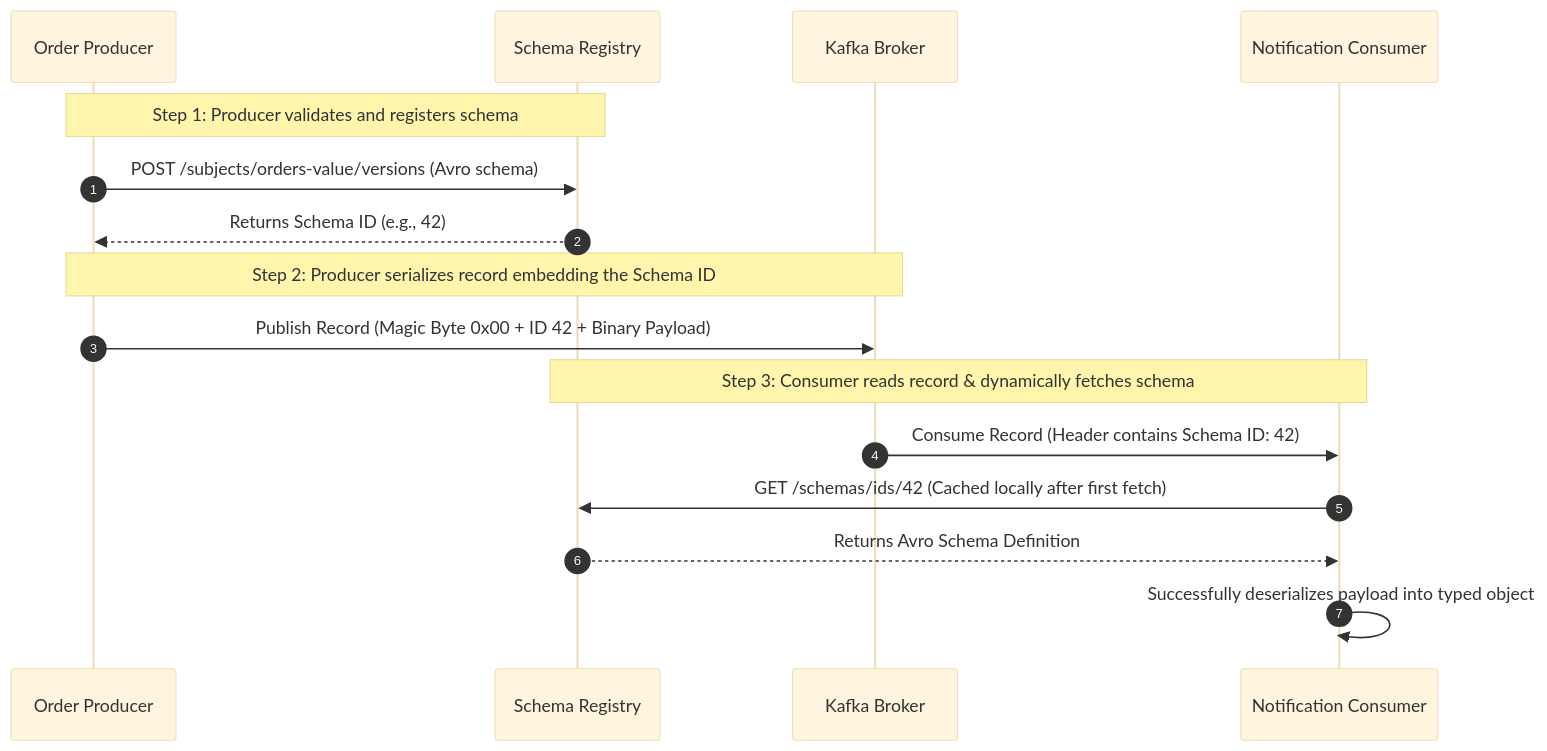
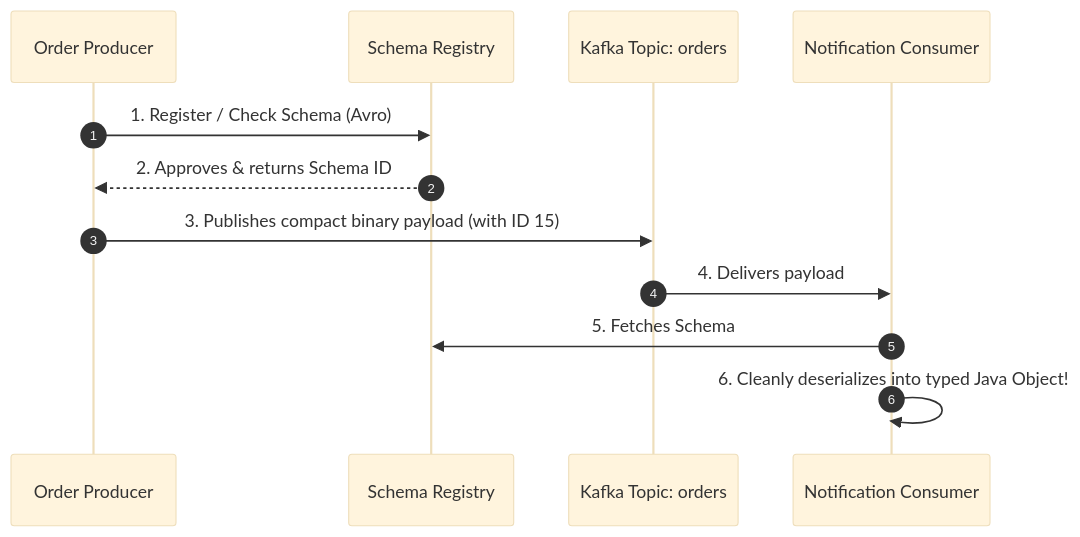
Before and after one commit to PandeyKishan/Study-Notes: the second of 4 diagrams in 03-Apache-Kafka/04-KRaft-Schema-Registry-and-Streams.md, drawn with Mermaid (base theme). The commit also changed other lines of this file and 20 other files, not shown here.

````diff
--- a/03-Apache-Kafka/04-KRaft-Schema-Registry-and-Streams.md
+++ b/03-Apache-Kafka/04-KRaft-Schema-Registry-and-Streams.md
@@ -56,21 +51,15 @@
 ```mermaid
 sequenceDiagram
     autonumber
     participant Prod as Order Producer
     participant SR as Schema Registry
-    participant Kafka as Kafka Broker
+    participant Kafka as Kafka Topic: orders
     participant Cons as Notification Consumer
 
-    Note over Prod,SR: Step 1: Producer validates and registers schema
-    Prod->>SR: POST /subjects/orders-value/versions (Avro schema)
-    SR-->>Prod: Returns Schema ID (e.g., 42)
-    
-    Note over Prod,Kafka: Step 2: Producer serializes record embedding the Schema ID
-    Prod->>Kafka: Publish Record (Magic Byte 0x00 + ID 42 + Binary Payload)
-
-    Note over Cons,SR: Step 3: Consumer reads record & dynamically fetches schema
-    Kafka->>Cons: Consume Record (Header contains Schema ID: 42)
-    Cons->>SR: GET /schemas/ids/42 (Cached locally after first fetch)
-    SR-->>Cons: Returns Avro Schema Definition
-    Cons->>Cons: Successfully deserializes payload into typed object
+    Prod->>SR: 1. Register / Check Schema (Avro)
+    SR-->>Prod: 2. Approves & returns Schema ID #15
+    Prod->>Kafka: 3. Publishes compact binary payload (with ID 15)
+    Kafka->>Cons: 4. Delivers payload
+    Cons->>SR: 5. Fetches Schema #15 (Cached locally)
+    Cons->>Cons: 6. Cleanly deserializes into typed Java Object!
 ```
````
